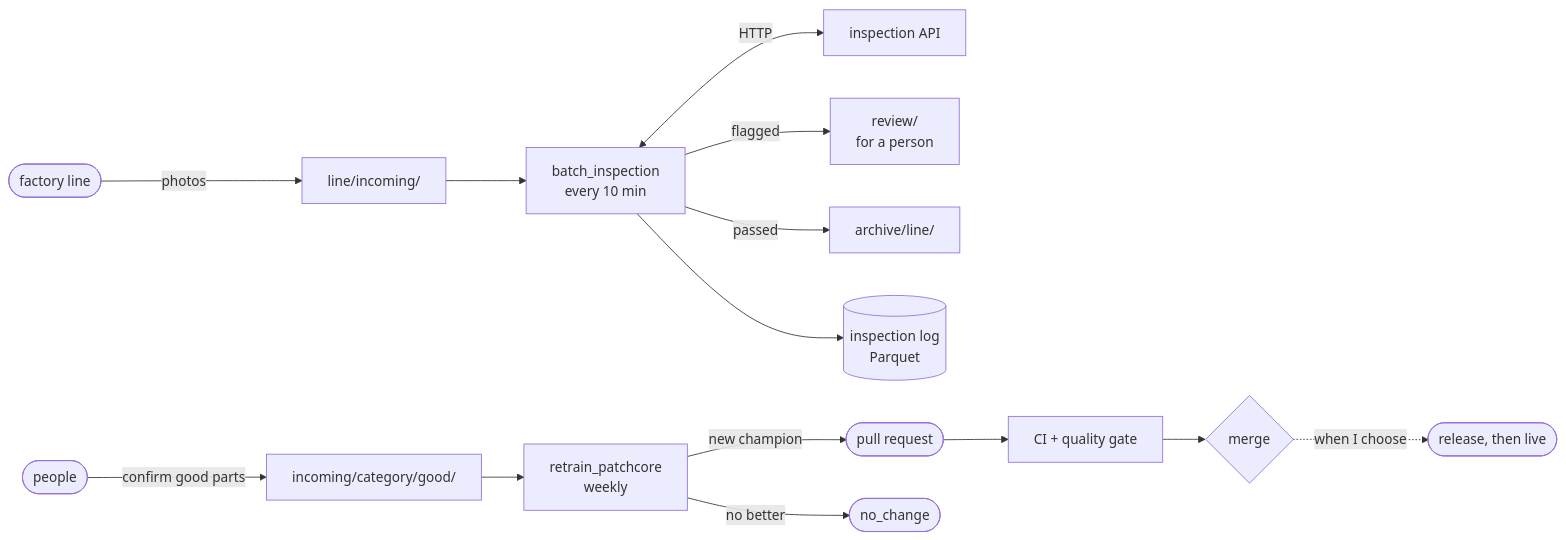
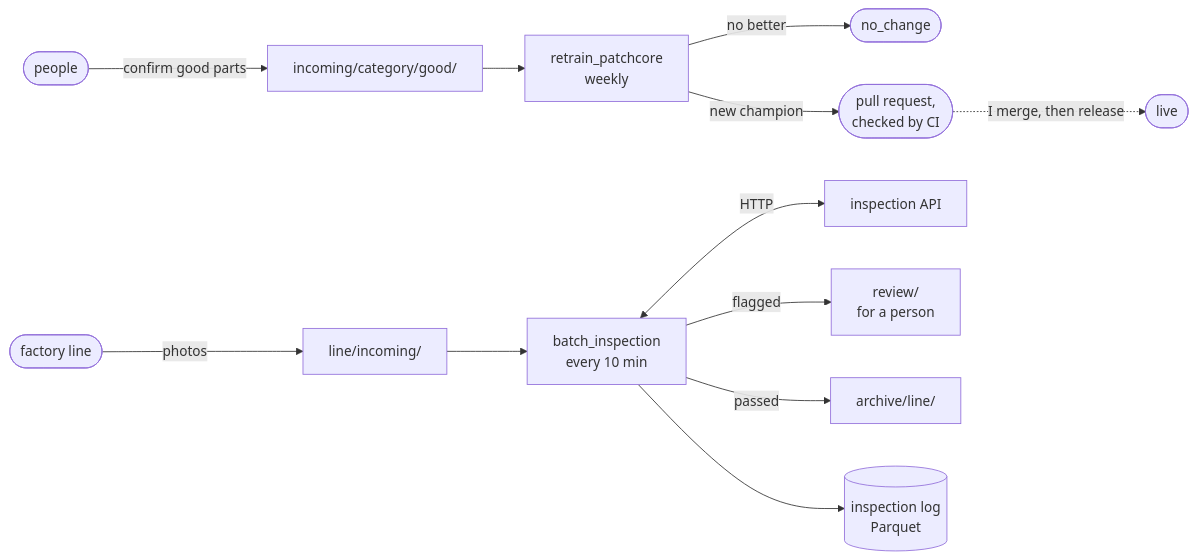
One commit to you-ssef-dan/anomaly-inspector changed the second of 2 diagrams in README.md. Above: the diagram before and after it, drawn with Mermaid. The commit also changed other lines of this file and 6 other files, not shown here.

````diff
--- a/README.md
+++ b/README.md
@@ -677,14 +718,14 @@
 ```mermaid
 flowchart LR
+  people([people]) -->|confirm good parts| inc["incoming/category/good/"]
+  inc --> rt["retrain_patchcore<br/>weekly"]
+  rt -->|no better| none(["no_change"])
+  rt -->|new champion| pr(["pull request,<br/>checked by CI"])
+  pr -.->|I merge, then release| live(["live"])
   line([factory line]) -->|photos| li["line/incoming/"]
   li --> bi["batch_inspection<br/>every 10 min"]
   bi <-->|HTTP| api["inspection API"]
   bi -->|flagged| review["review/<br/>for a person"]
   bi -->|passed| arch["archive/line/"]
   bi --> log[("inspection log<br/>Parquet")]
-  people([people]) -->|confirm good parts| inc["incoming/category/good/"]
-  inc --> rt["retrain_patchcore<br/>weekly"]
-  rt -->|new champion| pr(["pull request"])
-  rt -->|no better| none(["no_change"])
-  pr --> ci["CI + quality gate"] --> merge{"merge"} -.->|when I choose| release(["release, then live"])
 ```
````
